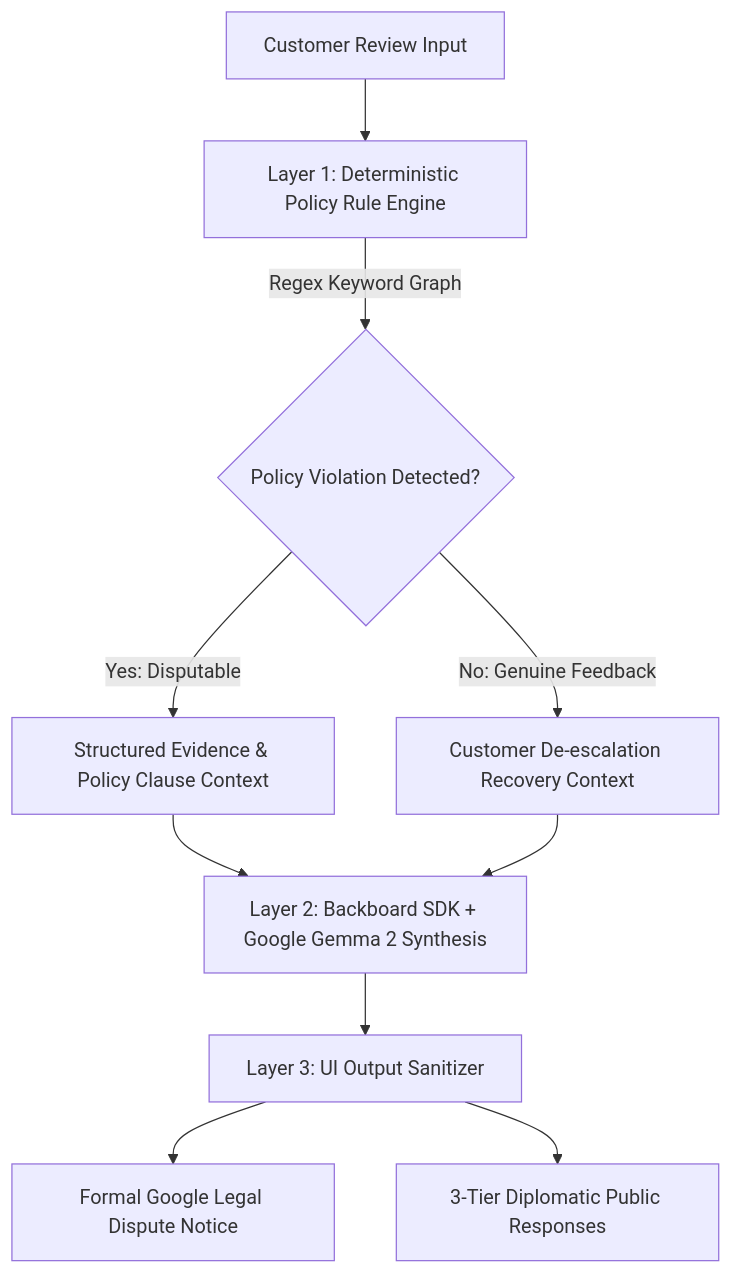
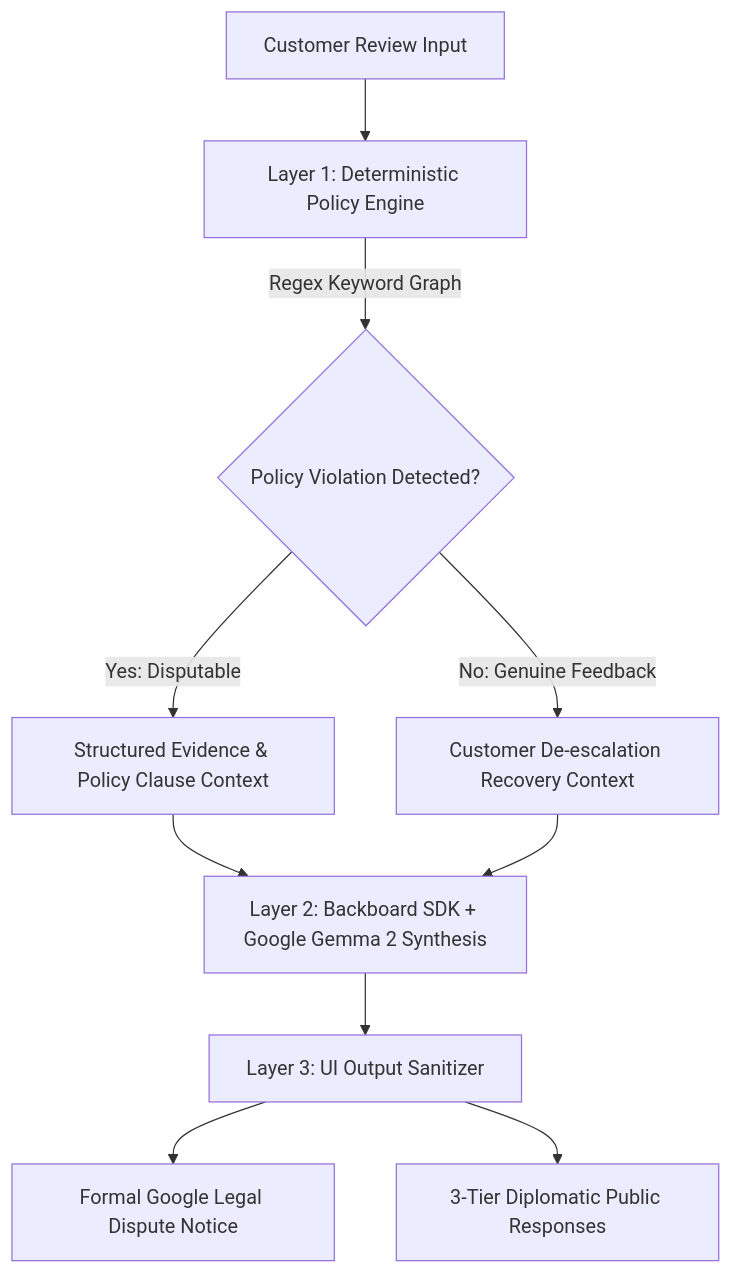
The diagram in README.md (diusazzad/reviewsentry-ai), drawn with Mermaid before and after one commit. The commit also changed other lines of this file and 1 other file, not shown here.

Commit message:
docs: fix mermaid syntax, add live demo links, and embed dashboard preview graphic

````diff
--- a/README.md
+++ b/README.md
@@ -44,12 +51,12 @@
 ```mermaid
 flowchart TD
-    A[Customer Review Input] --> B[Layer 1: Deterministic Policy Rule Engine]
-    B -->|Regex Keyword Graph| C{Policy Violation Detected?}
-    C -->|Yes: Disputable| D[Structured Evidence & Policy Clause Context]
-    C -->|No: Genuine Feedback| E[Customer De-escalation Recovery Context]
-    D --> F[Layer 2: Backboard SDK + Google Gemma 2 Synthesis]
+    A["Customer Review Input"] --> B["Layer 1: Deterministic Policy Engine"]
+    B -->|"Regex Keyword Graph"| C{"Policy Violation Detected?"}
+    C -->|"Yes: Disputable"| D["Structured Evidence & Policy Clause Context"]
+    C -->|"No: Genuine Feedback"| E["Customer De-escalation Recovery Context"]
+    D --> F["Layer 2: Backboard SDK + Google Gemma 2 Synthesis"]
     E --> F
-    F --> G[Layer 3: UI Output Sanitizer]
-    G --> H[Formal Google Legal Dispute Notice]
-    G --> I[3-Tier Diplomatic Public Responses]
+    F --> G["Layer 3: UI Output Sanitizer"]
+    G --> H["Formal Google Legal Dispute Notice"]
+    G --> I["3-Tier Diplomatic Public Responses"]
 ```
````
